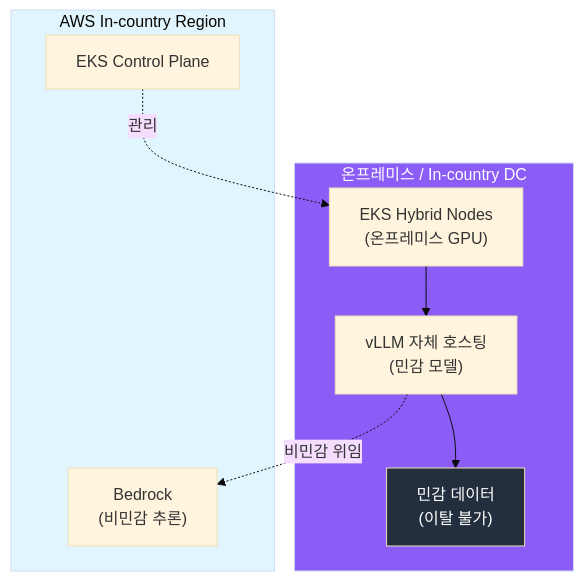
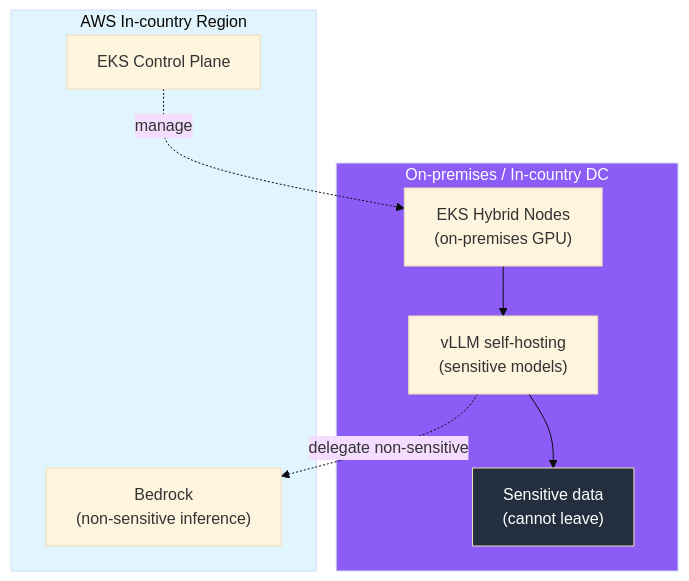
The fourth of 4 diagrams in docs/agentic-ai-platform/design-architecture/platform-selection/sovereign-hybrid-deployment.md (devfloor9/engineering-playbook), drawn with Mermaid (base theme) before and after one commit. The commit also changed other lines of this file and 954 other files, not shown here.

````diff
--- a/docs/agentic-ai-platform/design-architecture/platform-selection/sovereign-hybrid-deployment.md
+++ b/docs/agentic-ai-platform/design-architecture/platform-selection/sovereign-hybrid-deployment.md
@@ -215,22 +210,22 @@
 ```mermaid
 flowchart TB
     subgraph AWS["AWS In-country Region"]
         CP["EKS Control Plane"]
-        BEDROCK["Bedrock<br/>(비민감 추론)"]
+        BEDROCK["Bedrock<br/>(non-sensitive inference)"]
     end
 
-    subgraph ONPREM["온프레미스 / In-country DC"]
-        HN["EKS Hybrid Nodes<br/>(온프레미스 GPU)"]
-        VLLM["vLLM 자체 호스팅<br/>(민감 모델)"]
-        DATA["민감 데이터<br/>(이탈 불가)"]
+    subgraph ONPREM["On-premises / In-country DC"]
+        HN["EKS Hybrid Nodes<br/>(on-premises GPU)"]
+        VLLM["vLLM self-hosting<br/>(sensitive models)"]
+        DATA["Sensitive data<br/>(cannot leave)"]
     end
 
-    CP -.->|"관리"| HN
+    CP -.->|"manage"| HN
     HN --> VLLM
     VLLM --> DATA
-    VLLM -.->|"비민감 위임"| BEDROCK
+    VLLM -.->|"delegate non-sensitive"| BEDROCK
 
     style AWS fill:#e1f5ff
     style ONPREM fill:#8b5cf6,color:#fff
     style DATA fill:#232f3e,color:#fff
 ```
````
